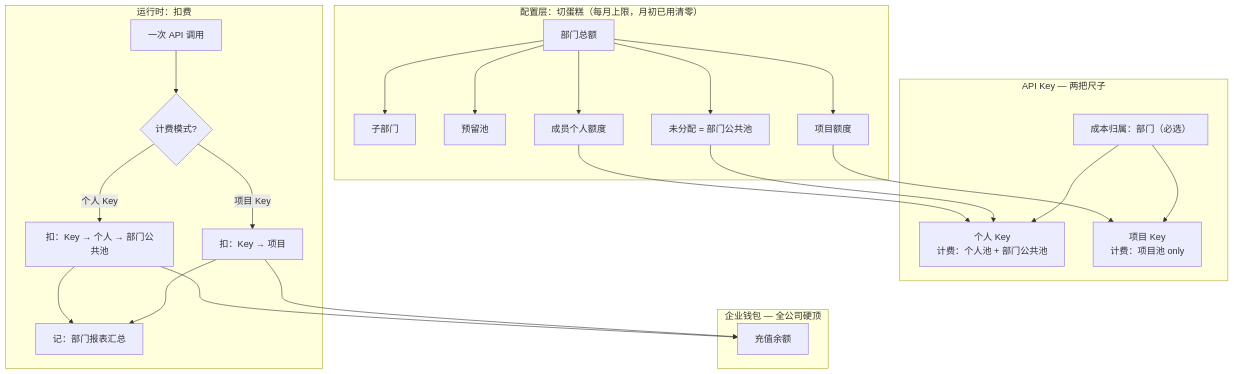
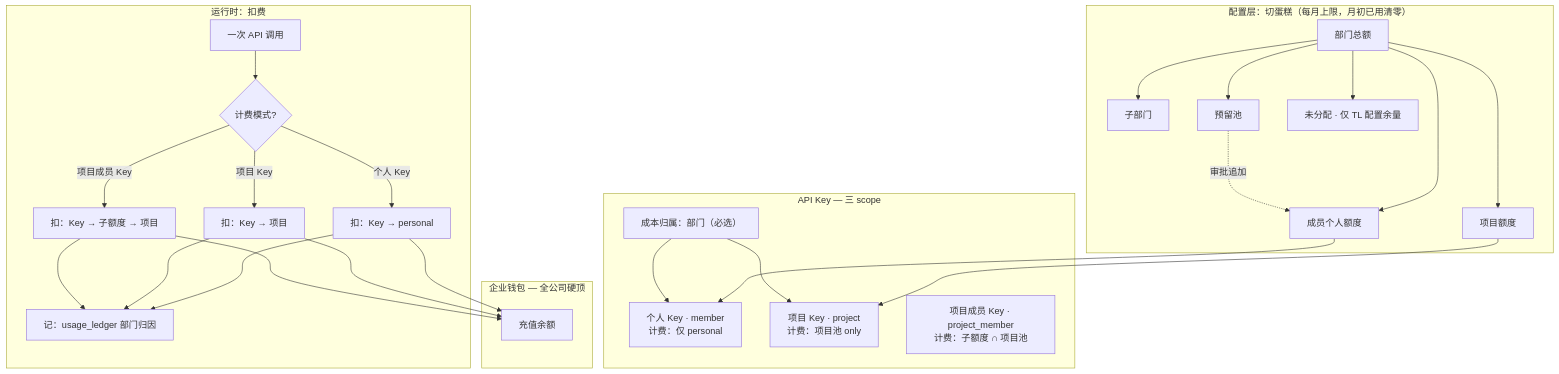
The first of 8 diagrams in docs/预算分配与扣减.md (quyip8818/mytokenjoy), drawn with Mermaid before and after one commit. The commit also changed other lines of this file and 105 other files, not shown here.

First line of the commit message:
refactor(budget): 三轴预算执法与 project_member scope

````diff
--- a/docs/预算分配与扣减.md
+++ b/docs/预算分配与扣减.md
@@ -13,35 +13,37 @@
 ```mermaid
 flowchart TB
   subgraph wallet [企业钱包 — 全公司硬顶]
     W[充值余额]
   end
 
   subgraph config [配置层：切蛋糕（每月上限，月初已用清零）]
     DEPT[部门总额]
     DEPT --> SUB[子部门]
     DEPT --> POOL[预留池]
     DEPT --> PROJ[项目额度]
     DEPT --> PERS[成员个人额度]
-    DEPT --> FREE[未分配 = 部门公共池]
+    DEPT --> FREE[未分配 · 仅 TL 配置余量]
   end
 
-  subgraph keys [API Key — 两把尺子]
-    PK[个人 Key<br/>计费：个人池 + 部门公共池]
-    GK[项目 Key<br/>计费：项目池 only]
+  subgraph keys [API Key — 三 scope]
+    PK[个人 Key · member<br/>计费：仅 personal]
+    GK[项目 Key · project<br/>计费：项目池 only]
+    PMK[项目成员 Key · project_member<br/>计费：子额度 ∩ 项目池]
     ATTR[成本归属：部门（必选）]
   end
 
   subgraph runtime [运行时：扣费]
     CALL[一次 API 调用]
     CALL --> BILL{计费模式?}
-    BILL -->|个人 Key| PPATH[扣：Key → 个人 → 部门公共池]
+    BILL -->|个人 Key| PPATH[扣：Key → personal]
     BILL -->|项目 Key| GPATH[扣：Key → 项目]
-    PPATH & GPATH --> REPORT[记：部门报表汇总]
-    PPATH & GPATH --> W
+    BILL -->|项目成员 Key| MPATH[扣：Key → 子额度 → 项目]
+    PPATH & GPATH & MPATH --> REPORT[记：usage_ledger 部门归因]
+    PPATH & GPATH & MPATH --> W
   end
 
   PROJ --> GK
   PERS --> PK
-  FREE --> PK
+  POOL -.->|审批追加| PERS
   ATTR --> PK & GK
 ```
````
